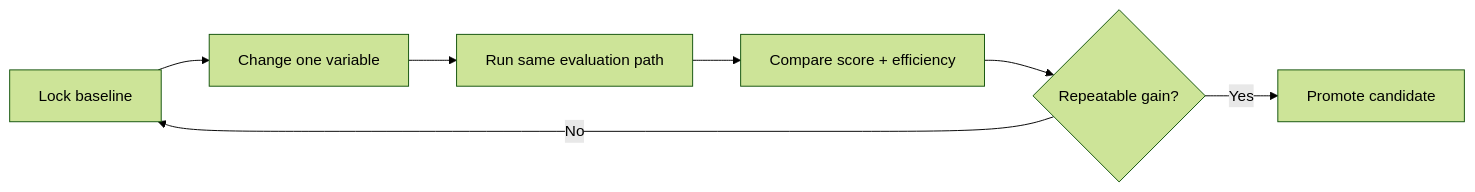
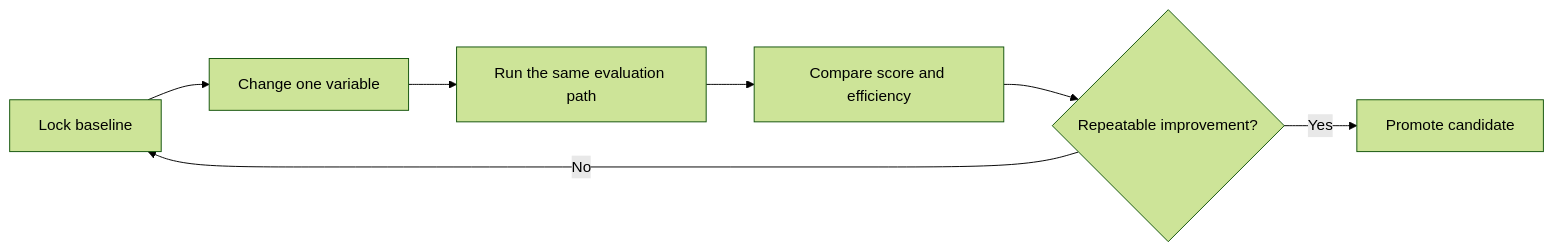
Before and after one commit to niswanth8888/ARC_APEX: the fifth of 5 diagrams in README.md, drawn with Mermaid (forest theme). The commit also changed other lines of this file, not shown here.

````diff
--- a/README.md
+++ b/README.md
@@ -307,9 +406,9 @@
 ```mermaid
 flowchart LR
     A["Lock baseline"] --> B["Change one variable"]
-    B --> C["Run same evaluation path"]
-    C --> D["Compare score + efficiency"]
-    D --> E{"Repeatable gain?"}
+    B --> C["Run the same evaluation path"]
+    C --> D["Compare score and efficiency"]
+    D --> E{"Repeatable improvement?"}
     E -->|Yes| F["Promote candidate"]
     E -->|No| A
 ```
````
